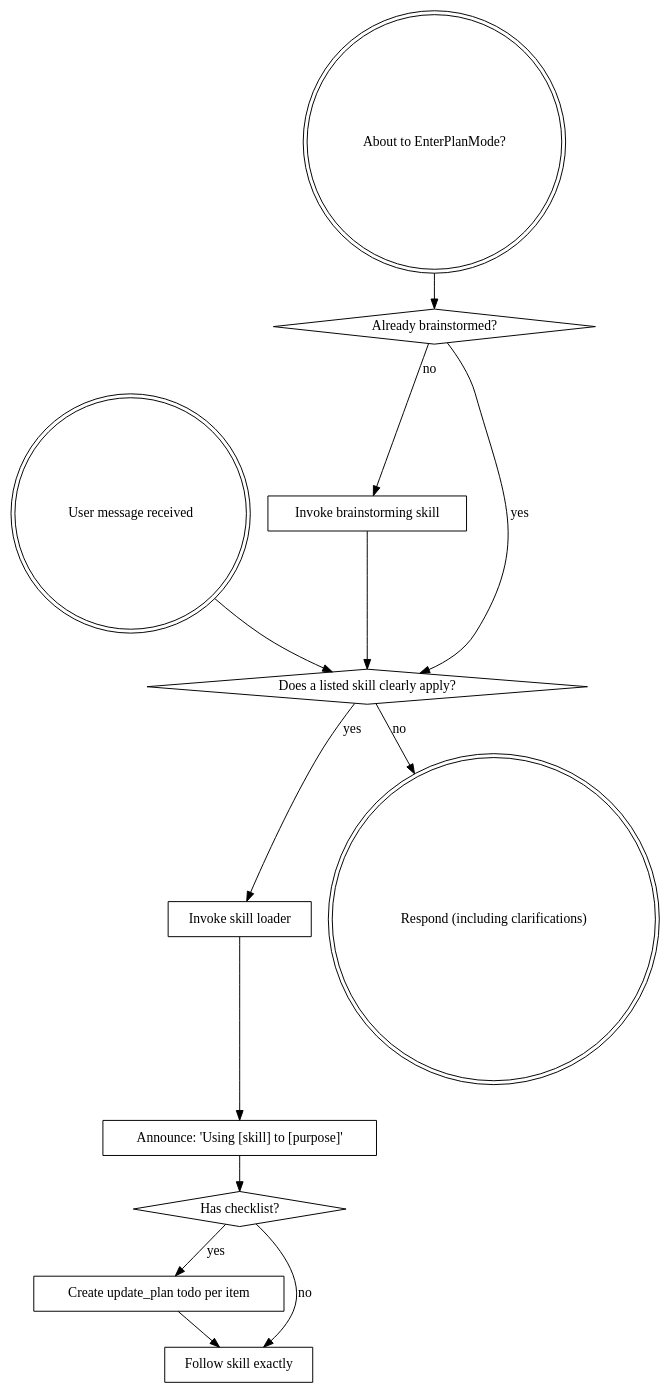
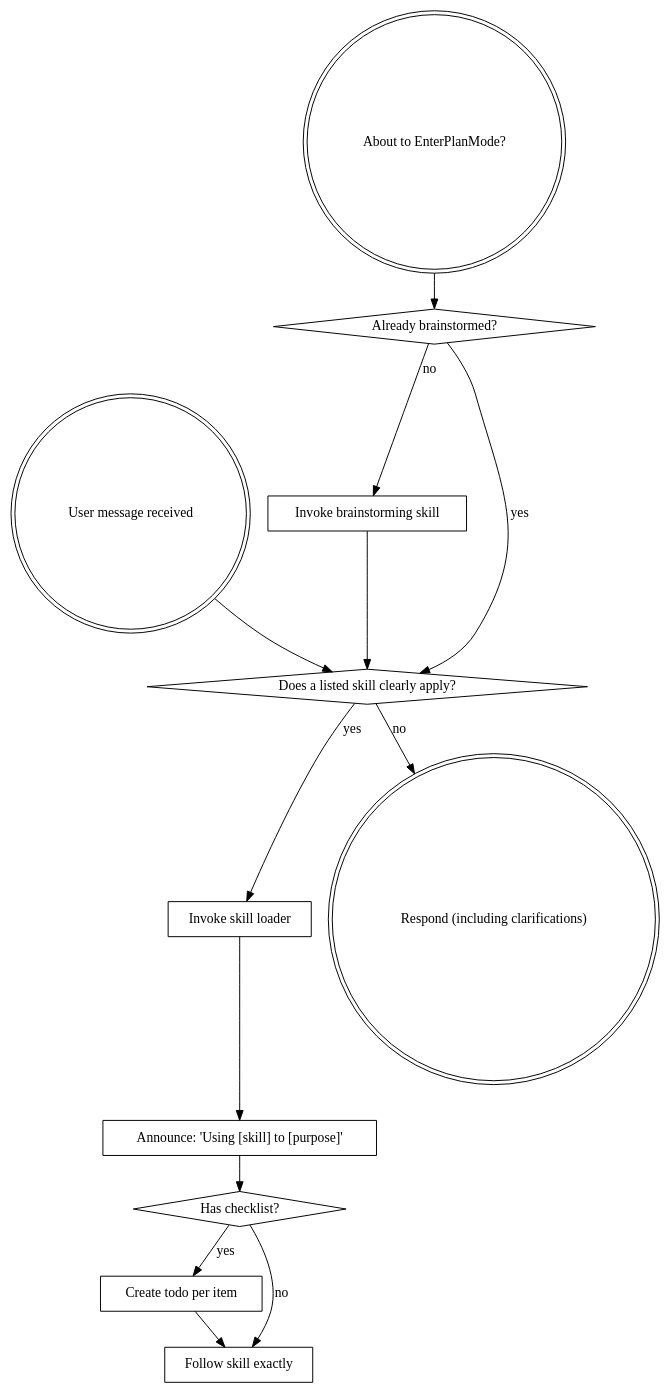
Before and after one commit to xaionaro/.config-codex: the diagram in skills/using-superpowers/SKILL.md, drawn with Graphviz. The commit also changed 153 other files, not shown here.

````diff
--- a/skills/using-superpowers/SKILL.md
+++ b/skills/using-superpowers/SKILL.md
@@ -30,29 +30,29 @@
 ```dot
 digraph skill_flow {
     "User message received" [shape=doublecircle];
     "About to EnterPlanMode?" [shape=doublecircle];
     "Already brainstormed?" [shape=diamond];
     "Invoke brainstorming skill" [shape=box];
     "Does a listed skill clearly apply?" [shape=diamond];
     "Invoke skill loader" [shape=box];
     "Announce: 'Using [skill] to [purpose]'" [shape=box];
     "Has checklist?" [shape=diamond];
-    "Create update_plan todo per item" [shape=box];
+    "Create todo per item" [shape=box];
     "Follow skill exactly" [shape=box];
     "Respond (including clarifications)" [shape=doublecircle];
 
     "About to EnterPlanMode?" -> "Already brainstormed?";
     "Already brainstormed?" -> "Invoke brainstorming skill" [label="no"];
     "Already brainstormed?" -> "Does a listed skill clearly apply?" [label="yes"];
     "Invoke brainstorming skill" -> "Does a listed skill clearly apply?";
 
     "User message received" -> "Does a listed skill clearly apply?";
     "Does a listed skill clearly apply?" -> "Invoke skill loader" [label="yes"];
     "Does a listed skill clearly apply?" -> "Respond (including clarifications)" [label="no"];
     "Invoke skill loader" -> "Announce: 'Using [skill] to [purpose]'";
     "Announce: 'Using [skill] to [purpose]'" -> "Has checklist?";
-    "Has checklist?" -> "Create update_plan todo per item" [label="yes"];
+    "Has checklist?" -> "Create todo per item" [label="yes"];
     "Has checklist?" -> "Follow skill exactly" [label="no"];
-    "Create update_plan todo per item" -> "Follow skill exactly";
+    "Create todo per item" -> "Follow skill exactly";
 }
 ```
````
